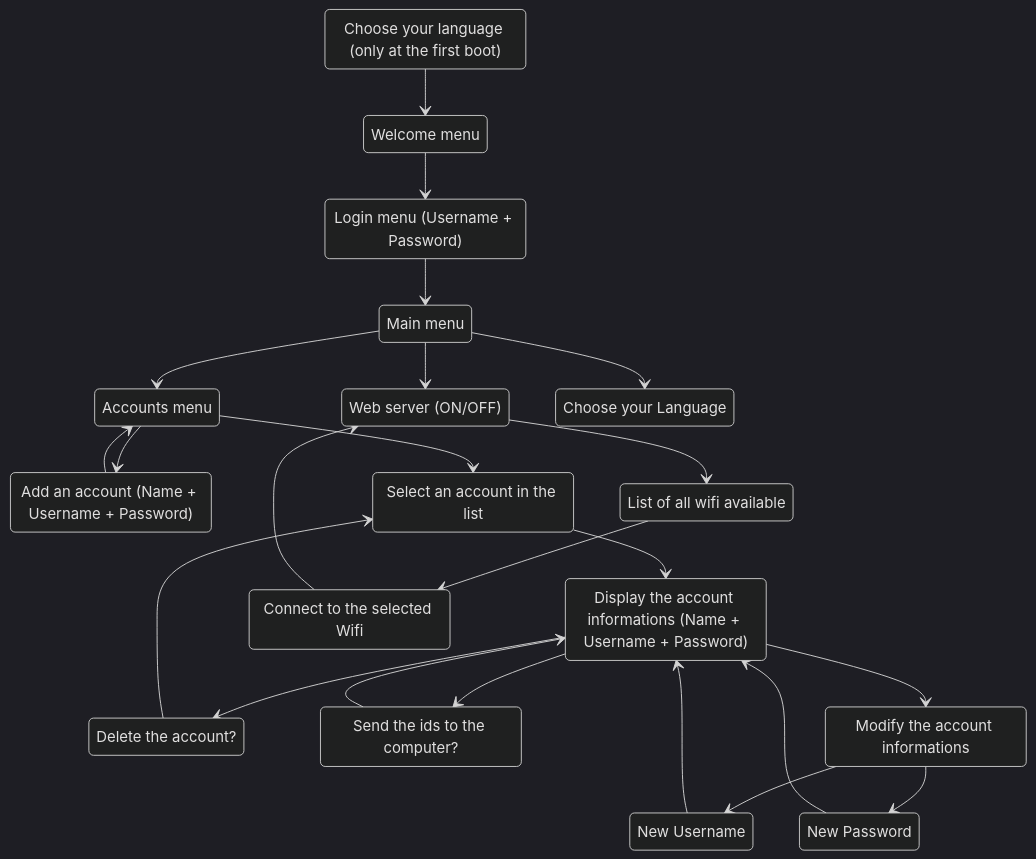
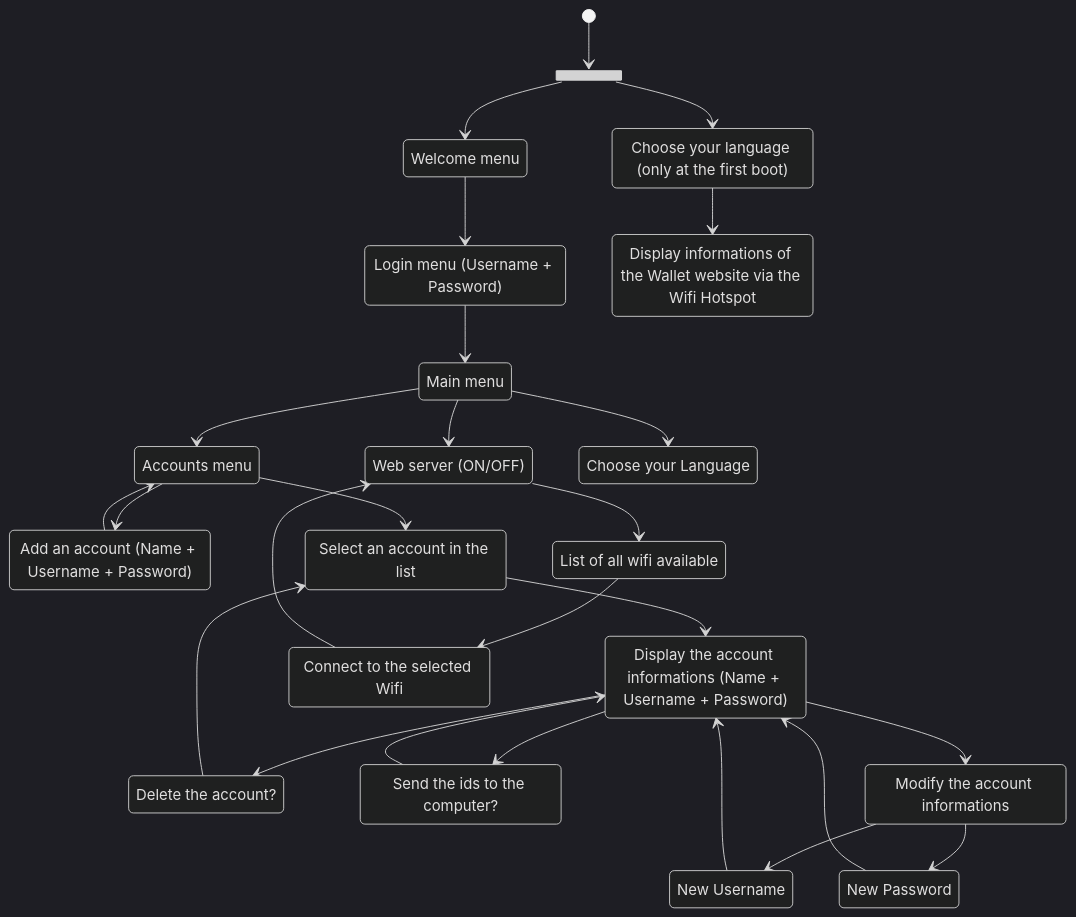
One commit to kaetir/Keybox-esp changed the diagram in ESP32/documentation/MENU.md. Above: the diagram before and after it, drawn with Mermaid (dark theme). The commit also changed 2 other files, not shown here.

````diff
--- a/ESP32/documentation/MENU.md
+++ b/ESP32/documentation/MENU.md
@@ -3,43 +3,48 @@
 ```mermaid
 stateDiagram
-Setup : Choose your language (only at the first boot)
+state fork_state <<fork>>
+First_boot : Choose your language (only at the first boot)
 Welcome_menu : Welcome menu
 Login : Login menu (Username + Password)
 Main_menu : Main menu
 Web_server : Web server (ON/OFF)
 Accounts_menu : Accounts menu
 Add_account : Add an account (Name + Username + Password)
 Account_selection : Select an account in the list
 Display_account : Display the account informations (Name + Username + Password)
 Delete_account : Delete the account?
 Send_to_computer : Send the ids to the computer?
 Modify_account : Modify the account informations
 New_username : New Username
 New_password : New Password
 Language : Choose your Language
 connect_wifi : Connect to the selected Wifi
 wifi_list : List of all wifi available
+Wifi_Hotspot : Display informations of the Wallet website via the Wifi Hotspot
 
-Setup --> Welcome_menu
+[*] --> fork_state
+fork_state --> First_boot
+fork_state --> Welcome_menu
+First_boot --> Wifi_Hotspot
 Welcome_menu --> Login
 Login --> Main_menu
 Main_menu --> Web_server
 Main_menu --> Accounts_menu
 Main_menu --> Language
 Accounts_menu --> Add_account
 Add_account --> Accounts_menu
 Accounts_menu --> Account_selection
 Account_selection --> Display_account
 Display_account --> Delete_account
 Delete_account --> Account_selection
 Display_account --> Send_to_computer
 Send_to_computer --> Display_account
 Display_account --> Modify_account
 Modify_account --> New_username
 Modify_account --> New_password
 New_username --> Display_account
 New_password --> Display_account
 Web_server --> wifi_list
 wifi_list --> connect_wifi
 connect_wifi --> Web_server
 ```
````
